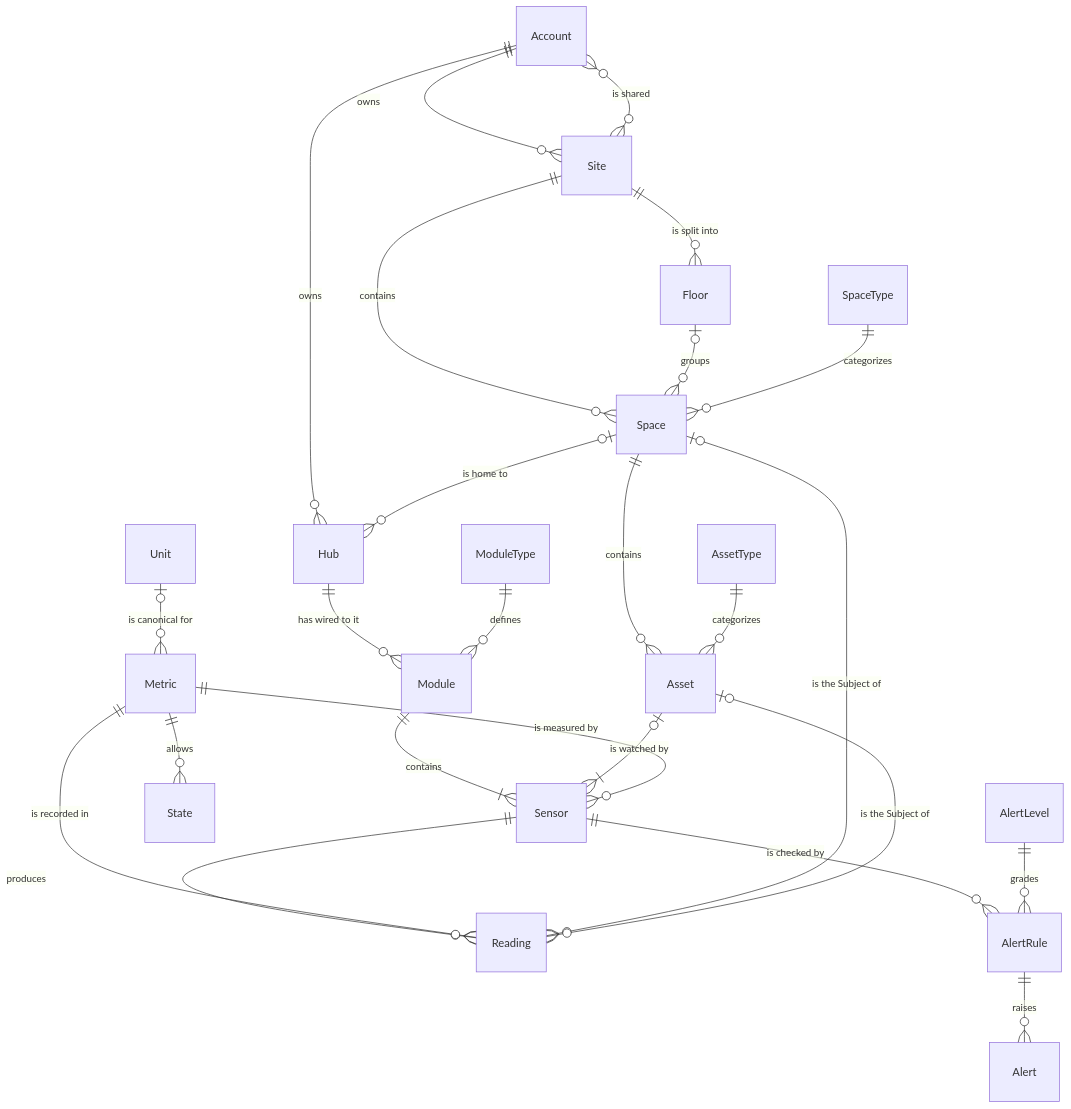
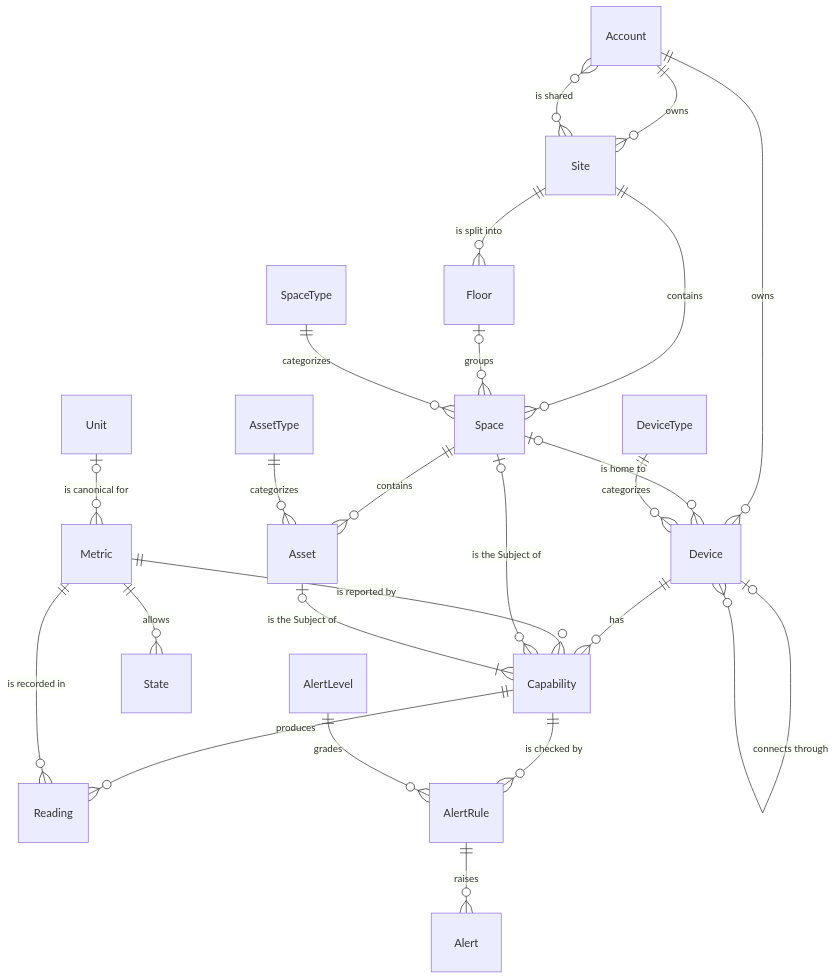
Before and after one commit to Detriz-dev/smart-home-kit: the first of 4 diagrams in kit/apps/docs-site/docs/domain-model/data-model.mdx, drawn with Mermaid. The commit also changed other lines of this file and 11 other files, not shown here.

````diff
--- a/kit/apps/docs-site/docs/domain-model/data-model.mdx
+++ b/kit/apps/docs-site/docs/domain-model/data-model.mdx
@@ -21,27 +22,26 @@
 ```mermaid
 erDiagram
     Account ||--o{ Site : owns
     Account }o--o{ Site : "is shared"
-    Account ||--o{ Hub : owns
+    Account ||--o{ Device : owns
     Site ||--o{ Floor : "is split into"
     Site ||--o{ Space : contains
     Floor |o--o{ Space : groups
     SpaceType ||--o{ Space : categorizes
-    Space |o--o{ Hub : "is home to"
+    Space |o--o{ Device : "is home to"
     Space ||--o{ Asset : contains
     AssetType ||--o{ Asset : categorizes
-    Hub ||--o{ Module : "has wired to it"
-    ModuleType ||--o{ Module : defines
-    Module ||--|{ Sensor : contains
-    Asset |o--|{ Sensor : "is watched by"
-    Metric ||--o{ Sensor : "is measured by"
+    DeviceType ||--o{ Device : categorizes
+    Device |o--o{ Device : "connects through"
+    Device ||--o{ Capability : has
+    Metric ||--o{ Capability : "is reported by"
     Unit |o--o{ Metric : "is canonical for"
     Metric ||--o{ State : allows
-    Sensor ||--o{ Reading : produces
+    Capability ||--o{ Reading : produces
     Metric ||--o{ Reading : "is recorded in"
-    Space |o--o{ Reading : "is the Subject of"
-    Asset |o--o{ Reading : "is the Subject of"
-    Sensor ||--o{ AlertRule : "is checked by"
+    Space |o--o{ Capability : "is the Subject of"
+    Asset |o--|{ Capability : "is the Subject of"
+    Capability ||--o{ AlertRule : "is checked by"
     AlertLevel ||--o{ AlertRule : grades
     AlertRule ||--o{ Alert : raises
 ```
````
